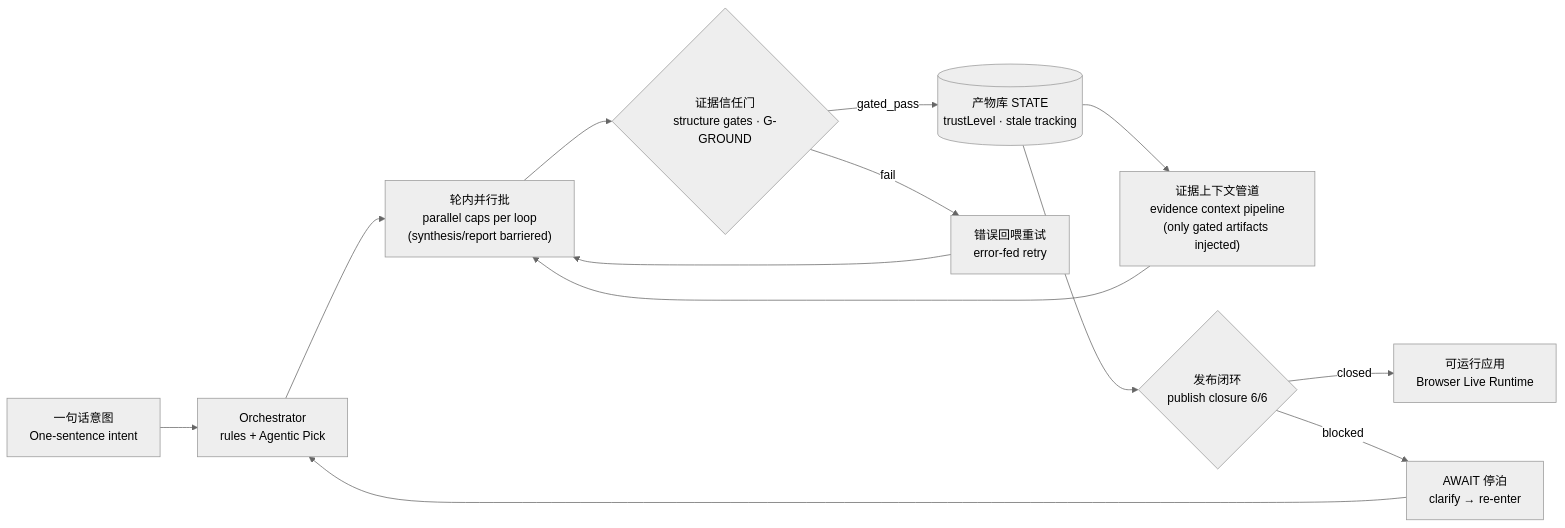
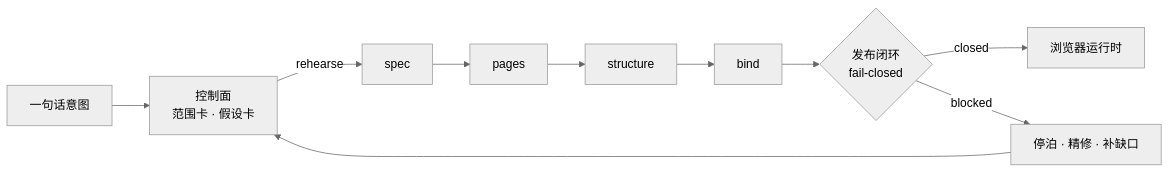
The diagram in README.zh-CN.md (2686521696/WhyBuddy), drawn with Mermaid (neutral theme) before and after one commit. The commit also changed other lines of this file and 1 other file, not shown here.

````diff
--- a/README.zh-CN.md
+++ b/README.zh-CN.md
@@ -147,15 +71,12 @@
 ```mermaid
 flowchart LR
-  U["一句话意图<br/>One-sentence intent"] --> ORCH["Orchestrator<br/>rules + Agentic Pick"]
-  ORCH --> PAR["轮内并行批<br/>parallel caps per loop<br/>(synthesis/report barriered)"]
-  PAR --> GATE{"证据信任门<br/>structure gates · G-GROUND"}
-  GATE -->|gated_pass| STATE[("产物库 STATE<br/>trustLevel · stale tracking")]
-  GATE -->|fail| FEED["错误回喂重试<br/>error-fed retry"]
-  FEED --> PAR
-  STATE --> ECTX["证据上下文管道<br/>evidence context pipeline<br/>(only gated artifacts injected)"]
-  ECTX --> PAR
-  STATE --> CLOSE{"发布闭环<br/>publish closure 6/6"}
-  CLOSE -->|closed| APP["可运行应用<br/>Browser Live Runtime"]
-  CLOSE -->|blocked| AWAIT["AWAIT 停泊<br/>clarify → re-enter"]
-  AWAIT --> ORCH
+  U["一句话意图"] --> CTRL["控制面<br/>范围卡 · 假设卡"]
+  CTRL -->|rehearse| SPEC["spec"]
+  SPEC --> PAGES["pages"]
+  PAGES --> STRUCT["structure"]
+  STRUCT --> BIND["bind"]
+  BIND --> CLOSE{"发布闭环<br/>fail-closed"}
+  CLOSE -->|closed| APP["浏览器运行时"]
+  CLOSE -->|blocked| AWAIT["停泊 · 精修 · 补缺口"]
+  AWAIT --> CTRL
 ```
````
